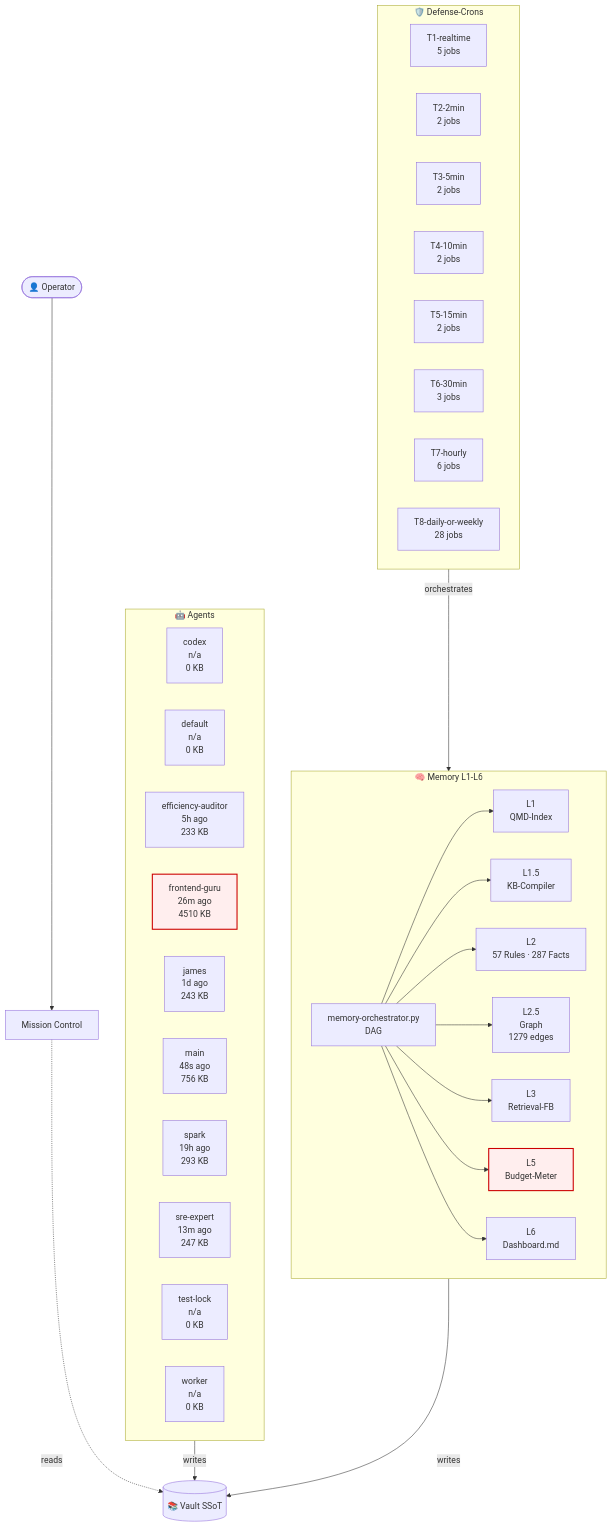
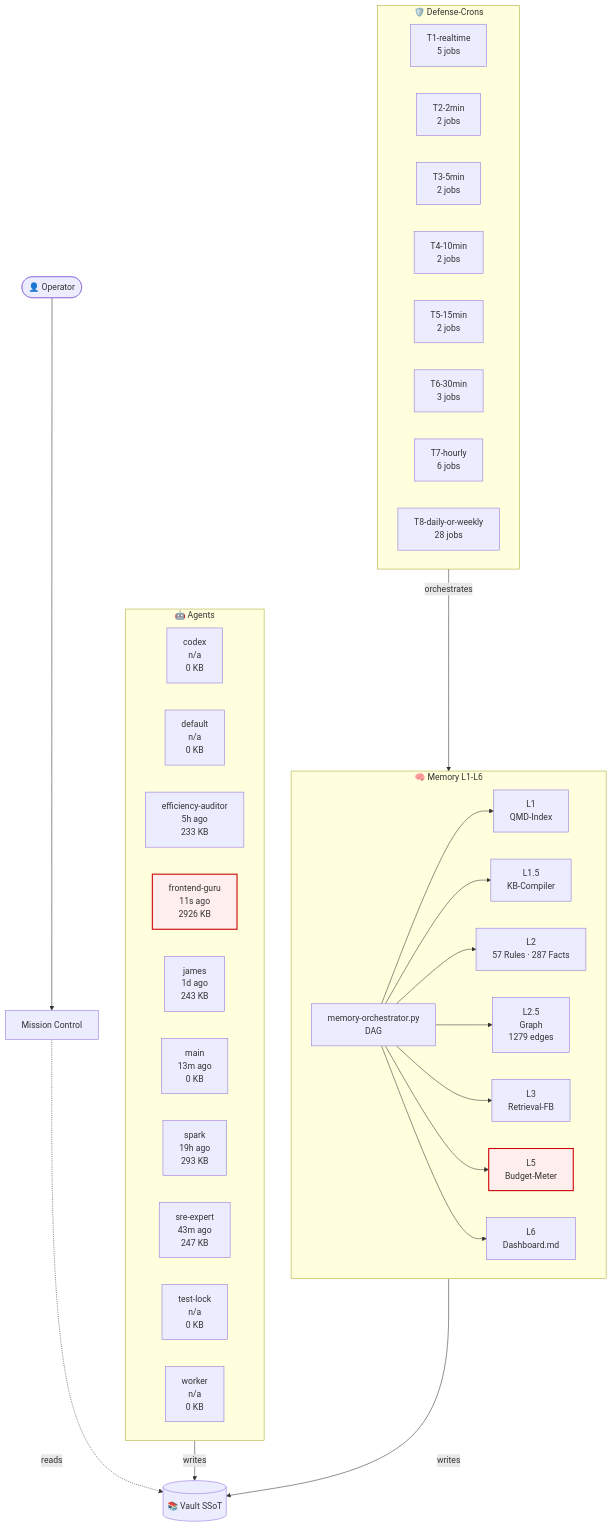
One commit to lenardhuebner88-rgb/openclaw-memory changed the diagram in 03-Agents/architecture-live.md. Above: the diagram before and after it, drawn with Mermaid. The commit also changed other lines of this file and 18 other files, not shown here.

````diff
--- a/03-Agents/architecture-live.md
+++ b/03-Agents/architecture-live.md
@@ -18,53 +18,53 @@
 ```mermaid
 flowchart TB
     classDef critical fill:#fee,stroke:#c00,stroke-width:2px;
     subgraph AGT["🤖 Agents"]
         agent_codex["codex<br/>n/a<br/>0 KB"]
         agent_default["default<br/>n/a<br/>0 KB"]
         agent_efficiency_auditor["efficiency-auditor<br/>5h ago<br/>233 KB"]
-        agent_frontend_guru["frontend-guru<br/>26m ago<br/>4510 KB"]
+        agent_frontend_guru["frontend-guru<br/>11s ago<br/>2926 KB"]
         agent_james["james<br/>1d ago<br/>243 KB"]
-        agent_main["main<br/>48s ago<br/>756 KB"]
+        agent_main["main<br/>13m ago<br/>0 KB"]
         agent_spark["spark<br/>19h ago<br/>293 KB"]
-        agent_sre_expert["sre-expert<br/>13m ago<br/>247 KB"]
+        agent_sre_expert["sre-expert<br/>43m ago<br/>247 KB"]
         agent_test_lock["test-lock<br/>n/a<br/>0 KB"]
         agent_worker["worker<br/>n/a<br/>0 KB"]
     end
     subgraph MEM["🧠 Memory L1-L6"]
         L1["L1<br/>QMD-Index"]
         L15["L1.5<br/>KB-Compiler"]
         L2["L2<br/>57 Rules · 287 Facts"]
         L25["L2.5<br/>Graph<br/>1279 edges"]
         L3["L3<br/>Retrieval-FB"]
         L5["L5<br/>Budget-Meter"]
         L6["L6<br/>Dashboard.md"]
         ORCH["memory-orchestrator.py<br/>DAG"]
     end
     subgraph CRN["🛡️ Defense-Crons"]
         tier_T1_realtime["T1-realtime<br/>5 jobs"]
         tier_T2_2min["T2-2min<br/>2 jobs"]
         tier_T3_5min["T3-5min<br/>2 jobs"]
         tier_T4_10min["T4-10min<br/>2 jobs"]
         tier_T5_15min["T5-15min<br/>2 jobs"]
         tier_T6_30min["T6-30min<br/>3 jobs"]
         tier_T7_hourly["T7-hourly<br/>6 jobs"]
         tier_T8_daily_or_weekly["T8-daily-or-weekly<br/>28 jobs"]
     end
     VAULT[("📚 Vault SSoT")]
     OP([👤 Operator])
     MC["Mission Control"]
     OP --> MC
     MC -.reads.-> VAULT
     AGT -->|writes| VAULT
     MEM -->|writes| VAULT
     ORCH --> L1
     ORCH --> L15
     ORCH --> L2
     ORCH --> L25
     ORCH --> L3
     ORCH --> L5
     ORCH --> L6
     CRN -->|orchestrates| MEM
     class L5 critical
     class agent_frontend_guru critical
 ```
````
